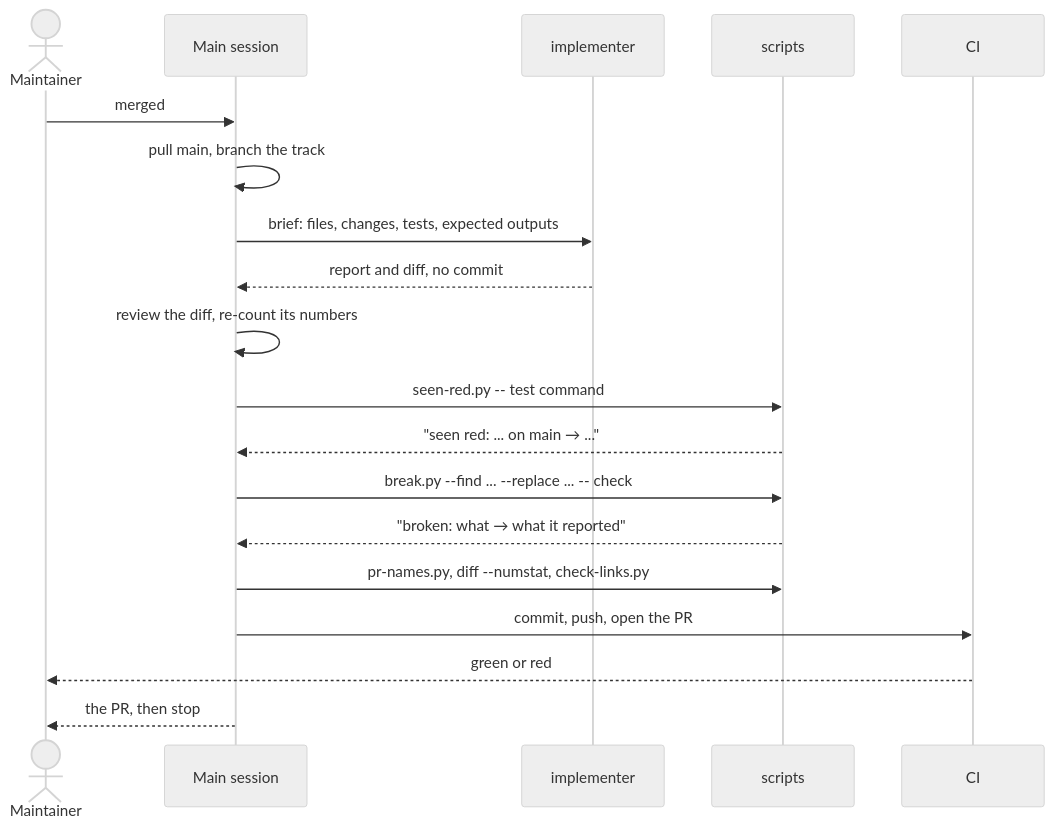
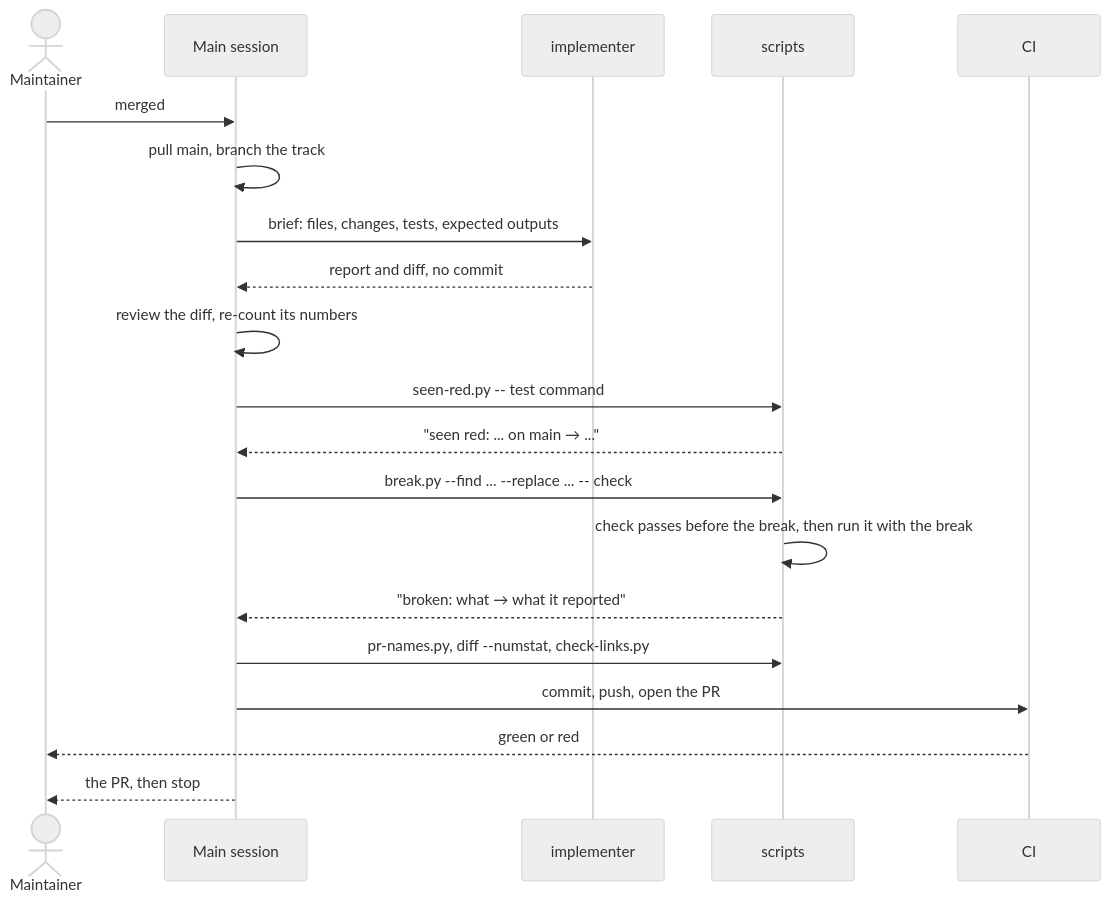
Before and after one commit to Yusuprozimemet/agentic-workflow-kit: the ninth of 17 diagrams in docs/architecture.md, drawn with Mermaid (neutral theme). The commit also changed other lines of this file, not shown here.

Commit message:
docs: refresh architecture controls

````diff
--- a/docs/architecture.md
+++ b/docs/architecture.md
@@ -217,22 +217,23 @@
 ```mermaid
 sequenceDiagram
     actor M as Maintainer
     participant S as Main session
     participant I as implementer
     participant T as scripts
     participant CI as CI
 
     M->>S: merged
     S->>S: pull main, branch the track
     S->>I: brief: files, changes, tests, expected outputs
     I-->>S: report and diff, no commit
     S->>S: review the diff, re-count its numbers
     S->>T: seen-red.py -- test command
     T-->>S: "seen red: ... on main → ..."
     S->>T: break.py --find ... --replace ... -- check
+    T->>T: check passes before the break, then run it with the break
     T-->>S: "broken: what → what it reported"
     S->>T: pr-names.py, diff --numstat, check-links.py
     S->>CI: commit, push, open the PR
     CI-->>M: green or red
     S-->>M: the PR, then stop
 ```
````
